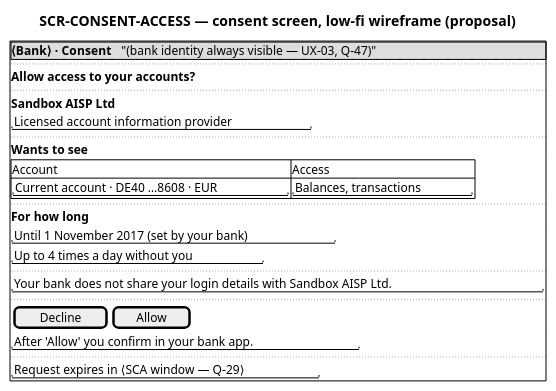
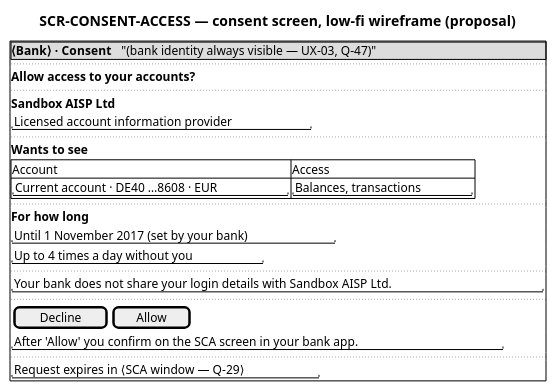
Before and after one commit to vondacho/psd2-sandbox: the diagram in docs/system/uml/ux/wf-approve-access.puml, drawn with PlantUML. The commit also changed 33 other files, not shown here.

```diff
--- a/docs/system/uml/ux/wf-approve-access.puml
+++ b/docs/system/uml/ux/wf-approve-access.puml
@@ -1,32 +1,33 @@
 @startsalt wf-approve-access
 ' Low-fi wireframe — SCR-CONSENT-ACCESS (web consent screen), fed by RM-CONSENT-APPROVAL.
-' PROPOSAL, AI, 2026-09-19; iteration 3 moved it from the app to the consent screen (SRC-ADR 87c72b8).
+' PROPOSAL, AI; iteration 4: reached after the IDP login screen; the approval is then confirmed on
+' the SCA screen in the bank app (SRC-ADR 7ed3eb1).
 ' Every field maps to a read-model field; the copy is placeholder, not UX-approved (gate G1).
 ' Data: spec example consent (SRC-IG §6.3.1.1); "Sandbox AISP Ltd" is a placeholder (A-09).
 title SCR-CONSENT-ACCESS — consent screen, low-fi wireframe (proposal)
 {+
   {* <b>⟨Bank⟩ · Consent</b> | "(bank identity always visible — UX-03, Q-47)" }
   ..
   <b>Allow access to your accounts?</b>
   ..
   <b>Sandbox AISP Ltd</b>
   "Licensed account information provider"
   ..
   <b>Wants to see</b>
   {#
     Account | Access
     "Current account · DE40 …8608 · EUR" | "Balances, transactions"
   }
   ..
   <b>For how long</b>
   "Until 1 November 2017 (set by your bank)"
   "Up to 4 times a day without you"
   ..
   "Your bank does not share your login details with Sandbox AISP Ltd."
   ..
   { [  Decline  ] | [  Allow  ] }
-  "After 'Allow' you confirm in your bank app."
+  "After 'Allow' you confirm on the SCA screen in your bank app."
   ..
   "Request expires in ⟨SCA window — Q-29⟩"
 }
 @endsalt
```
